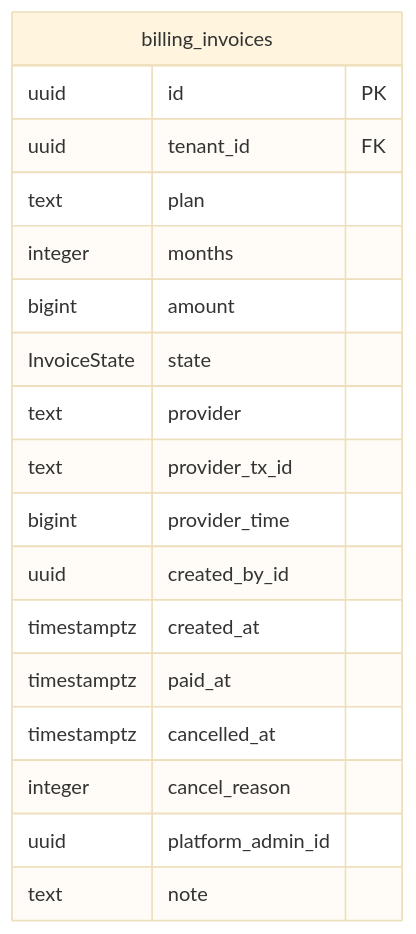
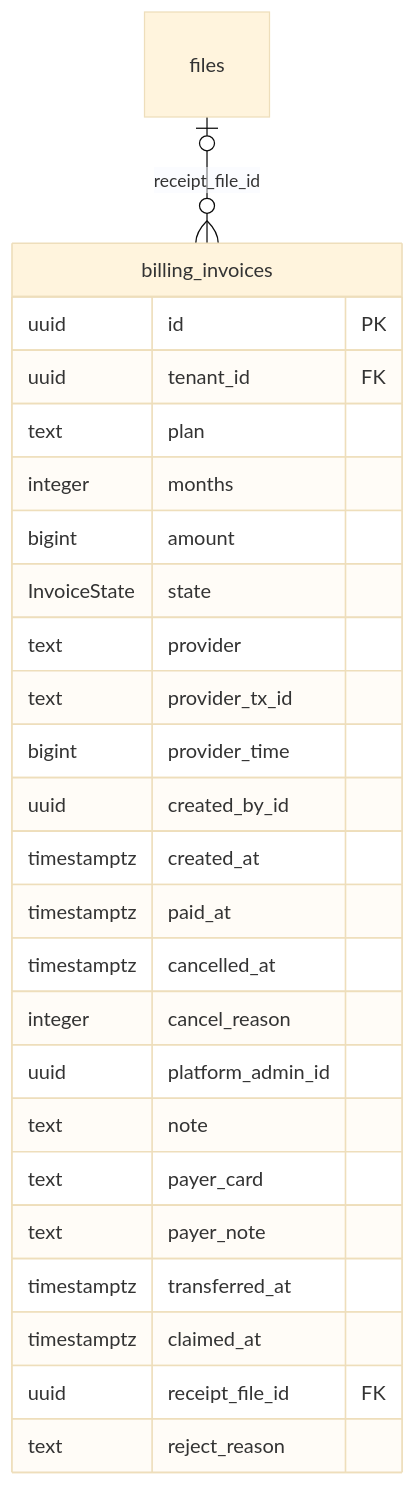
Before and after one commit to Ulugbek-Mominjonov/crm-api: the eighth of 10 diagrams in docs/database/README.md, drawn with Mermaid (base theme). The commit also changed other lines of this file and 58 other files, not shown here.

````diff
--- a/docs/database/README.md
+++ b/docs/database/README.md
@@ -1576,21 +1579,28 @@
 ```mermaid
 erDiagram
+    files |o--o{ billing_invoices : "receipt_file_id"
     billing_invoices {
         uuid id PK
         uuid tenant_id FK
         text plan
         integer months
         bigint amount
         InvoiceState state
         text provider
         text provider_tx_id
         bigint provider_time
         uuid created_by_id
         timestamptz created_at
         timestamptz paid_at
         timestamptz cancelled_at
         integer cancel_reason
         uuid platform_admin_id
         text note
+        text payer_card
+        text payer_note
+        timestamptz transferred_at
+        timestamptz claimed_at
+        uuid receipt_file_id FK
+        text reject_reason
     }
 ```
````
